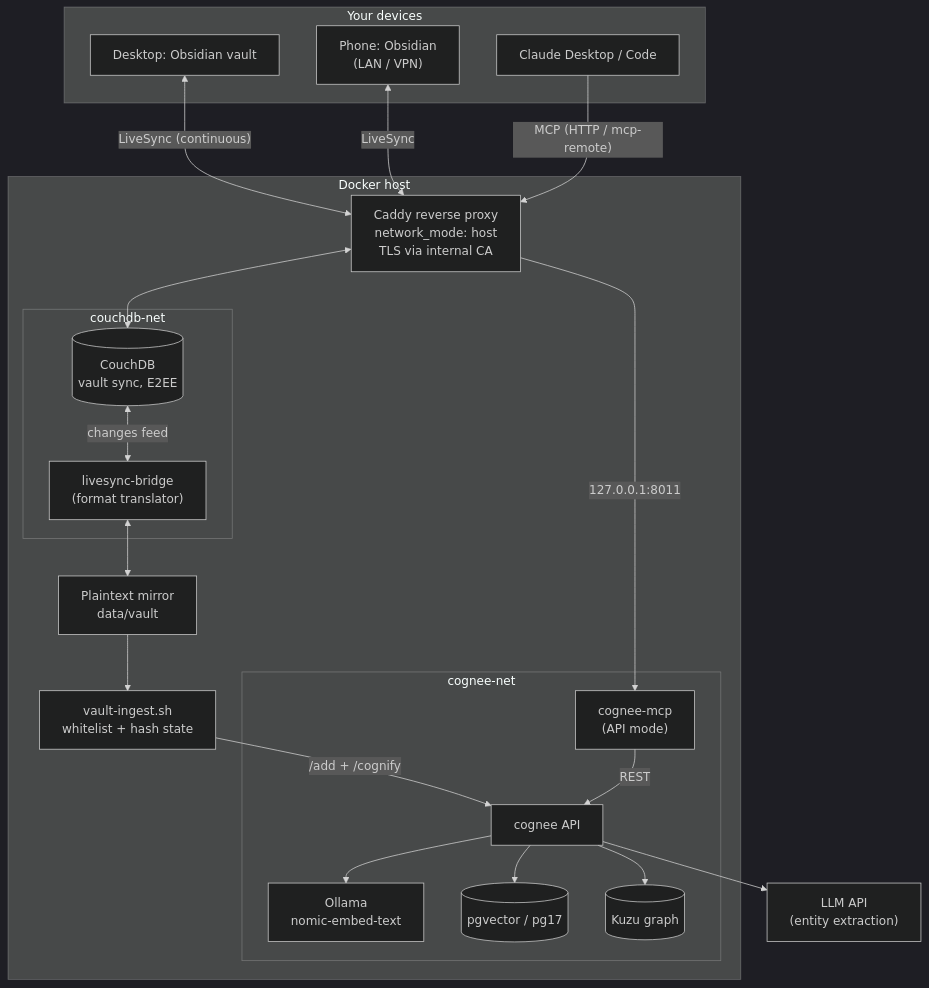
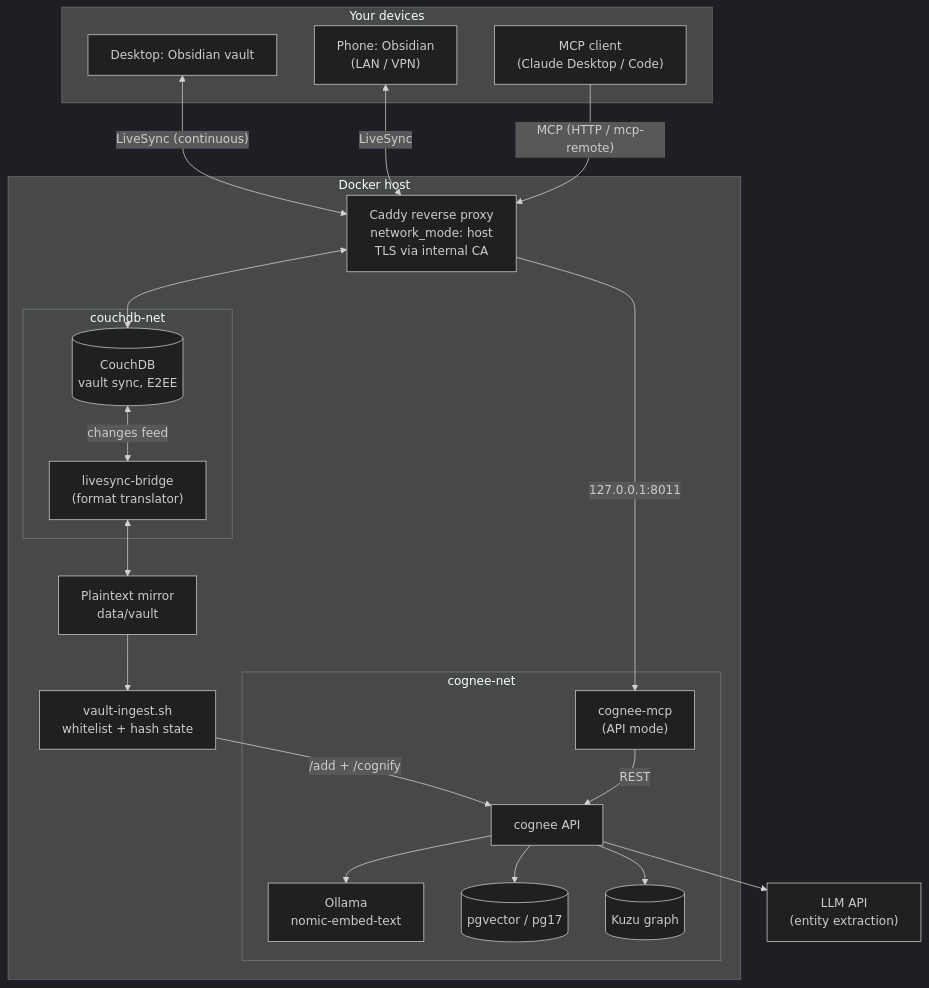
One commit to mrebbert/local-ai-memory changed the first of 3 diagrams in docs/01-architecture.md. Above: the diagram before and after it, drawn with Mermaid (dark theme). The commit also changed other lines of this file and 2 other files, not shown here.

Commit message:
Generalize client framing: MCP layer is not Claude-specific
Present the memory layer as a standard MCP server usable by any MCP client,
with Claude as the worked example. Update intro, diagrams, sequence participant,
and the MCP-clients section accordingly.

````diff
--- a/docs/01-architecture.md
+++ b/docs/01-architecture.md
@@ -23,42 +23,42 @@
 ```mermaid
 flowchart TB
     subgraph devices["Your devices"]
         MAC["Desktop: Obsidian vault"]
         PHONE["Phone: Obsidian<br>(LAN / VPN)"]
-        CLAUDE["Claude Desktop / Code"]
+        CLAUDE["MCP client<br>(Claude Desktop / Code)"]
     end
 
     subgraph host["Docker host"]
         CADDY["Caddy reverse proxy<br>network_mode: host<br>TLS via internal CA"]
         subgraph couchnet["couchdb-net"]
             COUCH[("CouchDB<br>vault sync, E2EE")]
             BRIDGE["livesync-bridge<br>(format translator)"]
         end
         MIRROR["Plaintext mirror<br>data/vault"]
         SCRIPT["vault-ingest.sh<br>whitelist + hash state"]
         subgraph cogneenet["cognee-net"]
             MCP["cognee-mcp<br>(API mode)"]
             COG["cognee API"]
             OLL["Ollama<br>nomic-embed-text"]
             PG[("pgvector / pg17")]
             KUZU[("Kuzu graph")]
         end
     end
 
     LLM["LLM API<br>(entity extraction)"]
 
     MAC <-->|"LiveSync (continuous)"| CADDY
     PHONE <-->|"LiveSync"| CADDY
     CLAUDE -->|"MCP (HTTP / mcp-remote)"| CADDY
     CADDY <--> COUCH
     CADDY -->|"127.0.0.1:8011"| MCP
     COUCH <-->|"changes feed"| BRIDGE
     BRIDGE <--> MIRROR
     MIRROR --> SCRIPT
     SCRIPT -->|"/add + /cognify"| COG
     MCP -->|"REST"| COG
     COG --> OLL
     COG --> LLM
     COG --> PG
     COG --> KUZU
 ```
````
